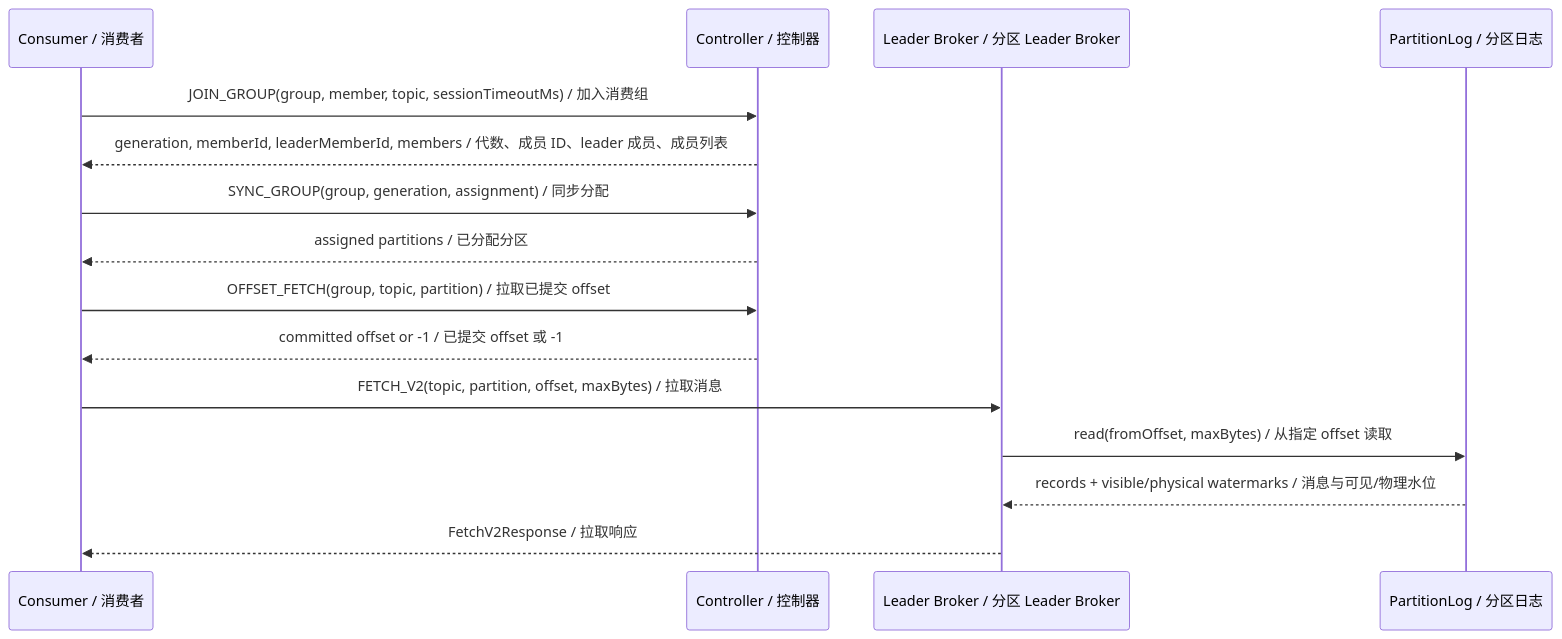
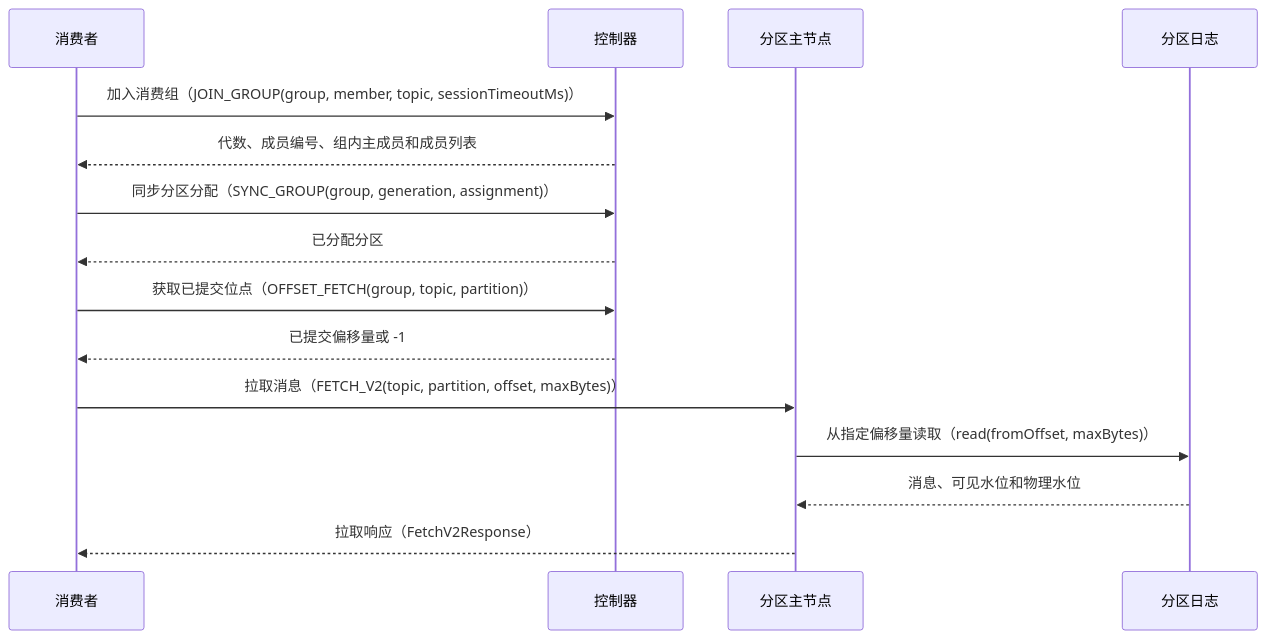
Before and after one commit to wxw121/miniMQ: the fourth of 5 diagrams in docs/architecture.md, drawn with Mermaid. The commit also changed other lines of this file and 10 other files, not shown here.

First line of the commit message:
docs: add architecture diagram and clarify code comments

````diff
--- a/docs/architecture.md
+++ b/docs/architecture.md
@@ -125,18 +136,18 @@
 ```mermaid
 sequenceDiagram
-    participant C as Consumer / 消费者
-    participant Ctrl as Controller / 控制器
-    participant L as Leader Broker / 分区 Leader Broker
-    participant Log as PartitionLog / 分区日志
+    participant C as 消费者
+    participant Ctrl as 控制器
+    participant L as 分区主节点
+    participant Log as 分区日志
 
-    C->>Ctrl: JOIN_GROUP(group, member, topic, sessionTimeoutMs) / 加入消费组
-    Ctrl-->>C: generation, memberId, leaderMemberId, members / 代数、成员 ID、leader 成员、成员列表
-    C->>Ctrl: SYNC_GROUP(group, generation, assignment) / 同步分配
-    Ctrl-->>C: assigned partitions / 已分配分区
-    C->>Ctrl: OFFSET_FETCH(group, topic, partition) / 拉取已提交 offset
-    Ctrl-->>C: committed offset or -1 / 已提交 offset 或 -1
-    C->>L: FETCH_V2(topic, partition, offset, maxBytes) / 拉取消息
-    L->>Log: read(fromOffset, maxBytes) / 从指定 offset 读取
-    Log-->>L: records + visible/physical watermarks / 消息与可见/物理水位
-    L-->>C: FetchV2Response / 拉取响应
+    C->>Ctrl: 加入消费组（JOIN_GROUP(group, member, topic, sessionTimeoutMs)）
+    Ctrl-->>C: 代数、成员编号、组内主成员和成员列表
+    C->>Ctrl: 同步分区分配（SYNC_GROUP(group, generation, assignment)）
+    Ctrl-->>C: 已分配分区
+    C->>Ctrl: 获取已提交位点（OFFSET_FETCH(group, topic, partition)）
+    Ctrl-->>C: 已提交偏移量或 -1
+    C->>L: 拉取消息（FETCH_V2(topic, partition, offset, maxBytes)）
+    L->>Log: 从指定偏移量读取（read(fromOffset, maxBytes)）
+    Log-->>L: 消息、可见水位和物理水位
+    L-->>C: 拉取响应（FetchV2Response）
 ```
````
